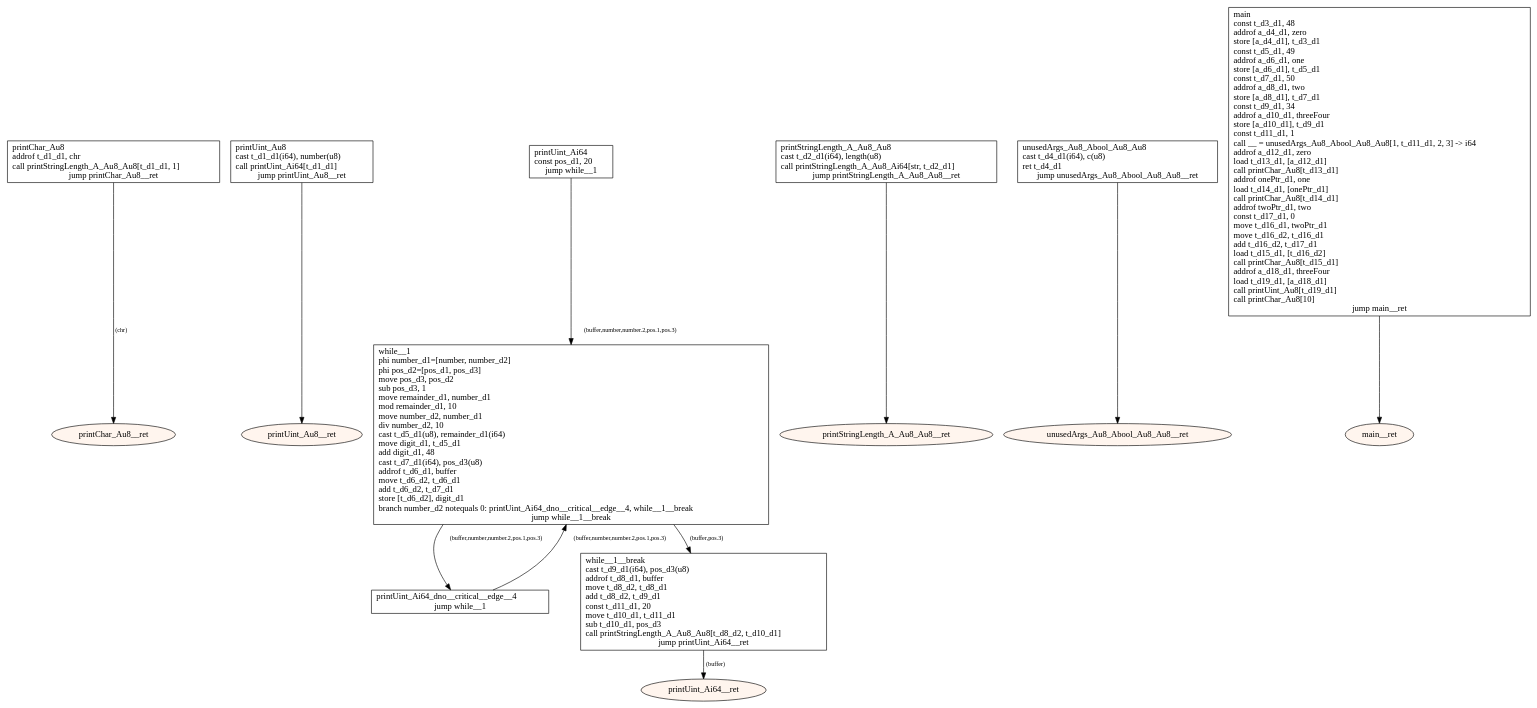
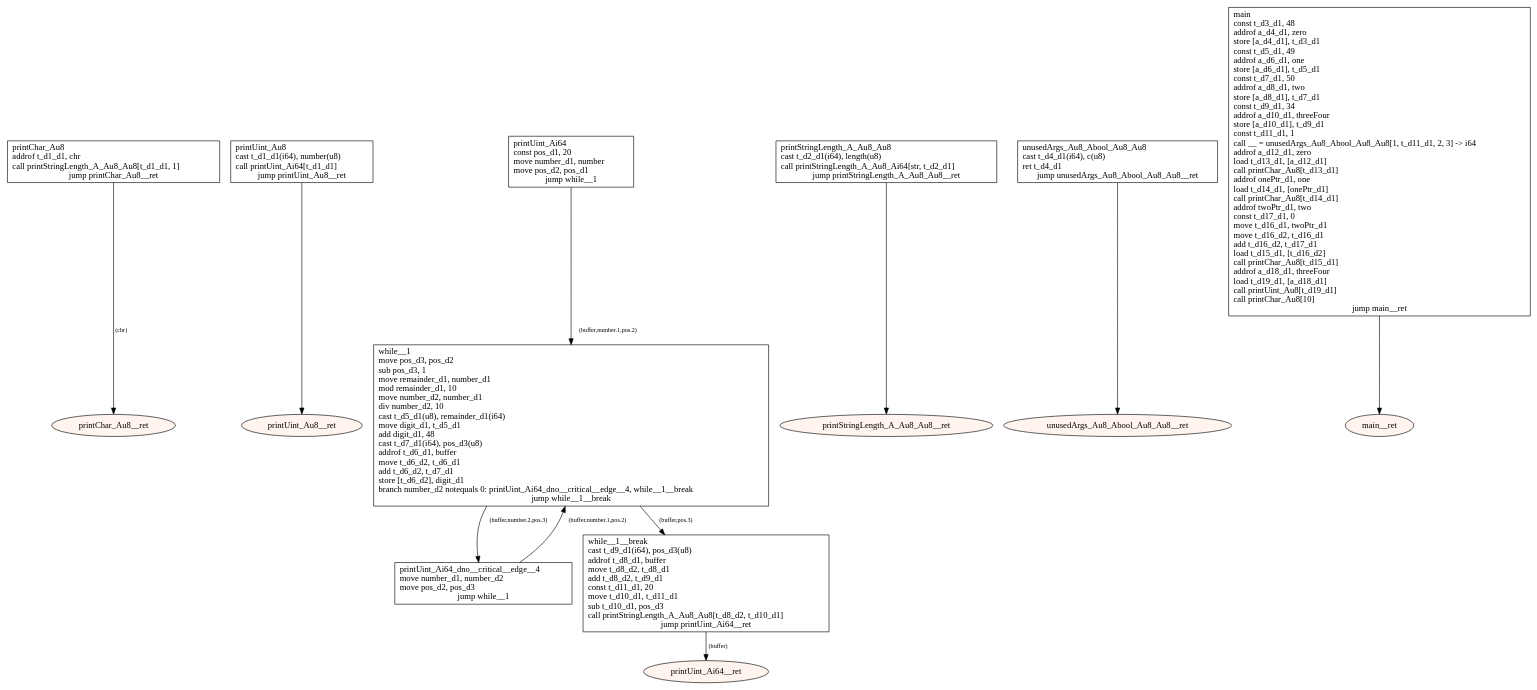
One commit to tmssngr/tinyC changed the diagram in src/main/resources-test/compiler/windows/basics.dot. Above: the diagram before and after it, drawn with Graphviz. The commit also changed 156 other files, not shown here.

```diff
--- a/src/main/resources-test/compiler/windows/basics.dot
+++ b/src/main/resources-test/compiler/windows/basics.dot
@@ -1,40 +1,40 @@
 digraph program {
 	edge[fontsize="10pt"];
 	subgraph fn_printChar_Au8 {
 		BasicBlock_0_printChar_Au8 [label="printChar_Au8\laddrof t_d1_d1, chr\lcall printStringLength_A_Au8_Au8[t_d1_d1, 1]\ljump printChar_Au8__ret",shape=box];
 		BasicBlock_0_printChar_Au8 -> BasicBlock_0_printChar_Au8__ret [label="(chr)"];
 		BasicBlock_0_printChar_Au8__ret [label="printChar_Au8__ret",shape=oval,style=filled,fillcolor="#fff5ee"];
 	}
 	subgraph fn_printUint_Au8 {
 		BasicBlock_1_printUint_Au8 [label="printUint_Au8\lcast t_d1_d1(i64), number(u8)\lcall printUint_Ai64[t_d1_d1]\ljump printUint_Au8__ret",shape=box];
 		BasicBlock_1_printUint_Au8 -> BasicBlock_1_printUint_Au8__ret;
 		BasicBlock_1_printUint_Au8__ret [label="printUint_Au8__ret",shape=oval,style=filled,fillcolor="#fff5ee"];
 	}
 	subgraph fn_printUint_Ai64 {
-		BasicBlock_2_printUint_Ai64 [label="printUint_Ai64\lconst pos_d1, 20\ljump while__1",shape=box];
-		BasicBlock_2_printUint_Ai64 -> BasicBlock_2_while__1 [label="(buffer,number,number.2,pos.1,pos.3)"];
-		BasicBlock_2_printUint_Ai64_dno__critical__edge__4 [label="printUint_Ai64_dno__critical__edge__4\ljump while__1",shape=box];
-		BasicBlock_2_printUint_Ai64_dno__critical__edge__4 -> BasicBlock_2_while__1 [label="(buffer,number,number.2,pos.1,pos.3)"];
-		BasicBlock_2_while__1 [label="while__1\lphi number_d1=[number, number_d2]\lphi pos_d2=[pos_d1, pos_d3]\lmove pos_d3, pos_d2\lsub pos_d3, 1\lmove remainder_d1, number_d1\lmod remainder_d1, 10\lmove number_d2, number_d1\ldiv number_d2, 10\lcast t_d5_d1(u8), remainder_d1(i64)\lmove digit_d1, t_d5_d1\ladd digit_d1, 48\lcast t_d7_d1(i64), pos_d3(u8)\laddrof t_d6_d1, buffer\lmove t_d6_d2, t_d6_d1\ladd t_d6_d2, t_d7_d1\lstore [t_d6_d2], digit_d1\lbranch number_d2 notequals 0: printUint_Ai64_dno__critical__edge__4, while__1__break\ljump while__1__break",shape=box];
-		BasicBlock_2_while__1 -> BasicBlock_2_printUint_Ai64_dno__critical__edge__4 [label="(buffer,number,number.2,pos.1,pos.3)"];
+		BasicBlock_2_printUint_Ai64 [label="printUint_Ai64\lconst pos_d1, 20\lmove number_d1, number\lmove pos_d2, pos_d1\ljump while__1",shape=box];
+		BasicBlock_2_printUint_Ai64 -> BasicBlock_2_while__1 [label="(buffer,number.1,pos.2)"];
+		BasicBlock_2_printUint_Ai64_dno__critical__edge__4 [label="printUint_Ai64_dno__critical__edge__4\lmove number_d1, number_d2\lmove pos_d2, pos_d3\ljump while__1",shape=box];
+		BasicBlock_2_printUint_Ai64_dno__critical__edge__4 -> BasicBlock_2_while__1 [label="(buffer,number.1,pos.2)"];
+		BasicBlock_2_while__1 [label="while__1\lmove pos_d3, pos_d2\lsub pos_d3, 1\lmove remainder_d1, number_d1\lmod remainder_d1, 10\lmove number_d2, number_d1\ldiv number_d2, 10\lcast t_d5_d1(u8), remainder_d1(i64)\lmove digit_d1, t_d5_d1\ladd digit_d1, 48\lcast t_d7_d1(i64), pos_d3(u8)\laddrof t_d6_d1, buffer\lmove t_d6_d2, t_d6_d1\ladd t_d6_d2, t_d7_d1\lstore [t_d6_d2], digit_d1\lbranch number_d2 notequals 0: printUint_Ai64_dno__critical__edge__4, while__1__break\ljump while__1__break",shape=box];
+		BasicBlock_2_while__1 -> BasicBlock_2_printUint_Ai64_dno__critical__edge__4 [label="(buffer,number.2,pos.3)"];
 		BasicBlock_2_while__1 -> BasicBlock_2_while__1__break [label="(buffer,pos.3)"];
 		BasicBlock_2_while__1__break [label="while__1__break\lcast t_d9_d1(i64), pos_d3(u8)\laddrof t_d8_d1, buffer\lmove t_d8_d2, t_d8_d1\ladd t_d8_d2, t_d9_d1\lconst t_d11_d1, 20\lmove t_d10_d1, t_d11_d1\lsub t_d10_d1, pos_d3\lcall printStringLength_A_Au8_Au8[t_d8_d2, t_d10_d1]\ljump printUint_Ai64__ret",shape=box];
 		BasicBlock_2_while__1__break -> BasicBlock_2_printUint_Ai64__ret [label="(buffer)"];
 		BasicBlock_2_printUint_Ai64__ret [label="printUint_Ai64__ret",shape=oval,style=filled,fillcolor="#fff5ee"];
 	}
 	subgraph fn_printStringLength_A_Au8_Au8 {
 		BasicBlock_3_printStringLength_A_Au8_Au8 [label="printStringLength_A_Au8_Au8\lcast t_d2_d1(i64), length(u8)\lcall printStringLength_A_Au8_Ai64[str, t_d2_d1]\ljump printStringLength_A_Au8_Au8__ret",shape=box];
 		BasicBlock_3_printStringLength_A_Au8_Au8 -> BasicBlock_3_printStringLength_A_Au8_Au8__ret;
 		BasicBlock_3_printStringLength_A_Au8_Au8__ret [label="printStringLength_A_Au8_Au8__ret",shape=oval,style=filled,fillcolor="#fff5ee"];
 	}
 	subgraph fn_unusedArgs_Au8_Abool_Au8_Au8 {
 		BasicBlock_4_unusedArgs_Au8_Abool_Au8_Au8 [label="unusedArgs_Au8_Abool_Au8_Au8\lcast t_d4_d1(i64), c(u8)\lret t_d4_d1\ljump unusedArgs_Au8_Abool_Au8_Au8__ret",shape=box];
 		BasicBlock_4_unusedArgs_Au8_Abool_Au8_Au8 -> BasicBlock_4_unusedArgs_Au8_Abool_Au8_Au8__ret;
 		BasicBlock_4_unusedArgs_Au8_Abool_Au8_Au8__ret [label="unusedArgs_Au8_Abool_Au8_Au8__ret",shape=oval,style=filled,fillcolor="#fff5ee"];
 	}
 	subgraph fn_main {
 		BasicBlock_5_main [label="main\lconst t_d3_d1, 48\laddrof a_d4_d1, zero\lstore [a_d4_d1], t_d3_d1\lconst t_d5_d1, 49\laddrof a_d6_d1, one\lstore [a_d6_d1], t_d5_d1\lconst t_d7_d1, 50\laddrof a_d8_d1, two\lstore [a_d8_d1], t_d7_d1\lconst t_d9_d1, 34\laddrof a_d10_d1, threeFour\lstore [a_d10_d1], t_d9_d1\lconst t_d11_d1, 1\lcall __ = unusedArgs_Au8_Abool_Au8_Au8[1, t_d11_d1, 2, 3] -> i64\laddrof a_d12_d1, zero\lload t_d13_d1, [a_d12_d1]\lcall printChar_Au8[t_d13_d1]\laddrof onePtr_d1, one\lload t_d14_d1, [onePtr_d1]\lcall printChar_Au8[t_d14_d1]\laddrof twoPtr_d1, two\lconst t_d17_d1, 0\lmove t_d16_d1, twoPtr_d1\lmove t_d16_d2, t_d16_d1\ladd t_d16_d2, t_d17_d1\lload t_d15_d1, [t_d16_d2]\lcall printChar_Au8[t_d15_d1]\laddrof a_d18_d1, threeFour\lload t_d19_d1, [a_d18_d1]\lcall printUint_Au8[t_d19_d1]\lcall printChar_Au8[10]\ljump main__ret",shape=box];
 		BasicBlock_5_main -> BasicBlock_5_main__ret;
 		BasicBlock_5_main__ret [label="main__ret",shape=oval,style=filled,fillcolor="#fff5ee"];
 	}
 }
```
